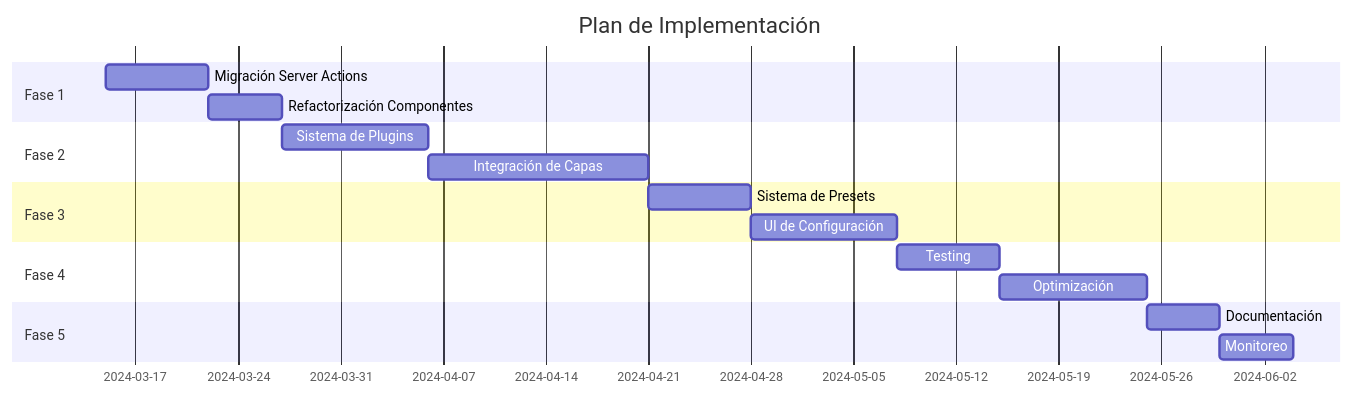
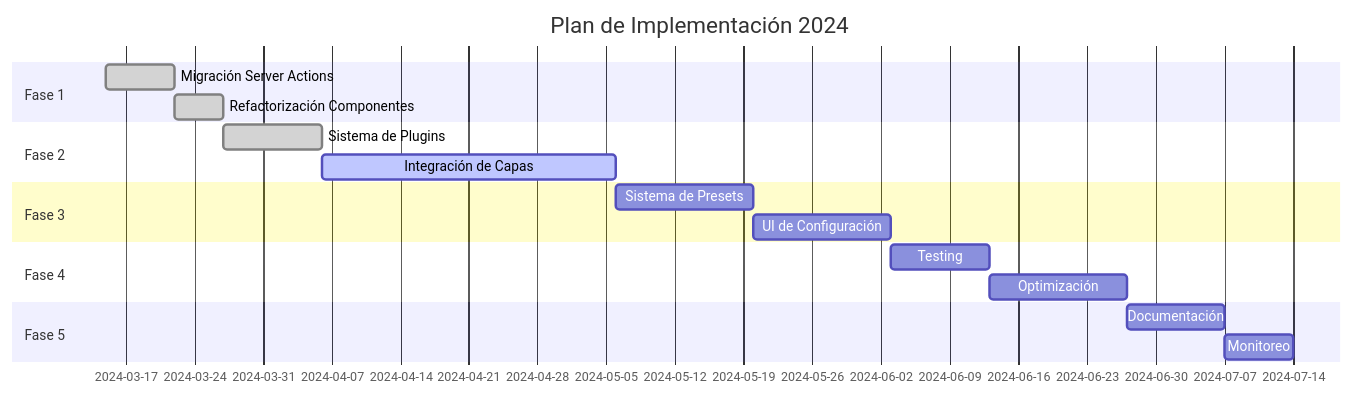
The first of 2 diagrams in docs/progress.md (gvastethecreator/media-manager), drawn with Mermaid before and after one commit. The commit also changed other lines of this file and 75 other files, not shown here.

````diff
--- a/docs/progress.md
+++ b/docs/progress.md
@@ -139,20 +326,20 @@
 ```mermaid
 gantt
-    title Plan de Implementación
+    title Plan de Implementación 2024
     dateFormat  YYYY-MM-DD
     section Fase 1
-    Migración Server Actions    :2024-03-15, 7d
-    Refactorización Componentes :2024-03-22, 5d
+    Migración Server Actions    :done, 2024-03-15, 7d
+    Refactorización Componentes :done, 2024-03-22, 5d
     section Fase 2
-    Sistema de Plugins         :2024-03-27, 10d
-    Integración de Capas      :2024-04-06, 15d
+    Sistema de Plugins         :done, 2024-03-27, 10d
+    Integración de Capas      :active, 2024-04-06, 30d
     section Fase 3
-    Sistema de Presets        :2024-04-21, 7d
-    UI de Configuración       :2024-04-28, 10d
+    Sistema de Presets        :2024-05-06, 14d
+    UI de Configuración       :2024-05-20, 14d
     section Fase 4
-    Testing                   :2024-05-08, 7d
-    Optimización             :2024-05-15, 10d
+    Testing                   :2024-06-03, 10d
+    Optimización             :2024-06-13, 14d
     section Fase 5
-    Documentación            :2024-05-25, 5d
-    Monitoreo               :2024-05-30, 5d
+    Documentación            :2024-06-27, 10d
+    Monitoreo               :2024-07-07, 7d
 ```
````
